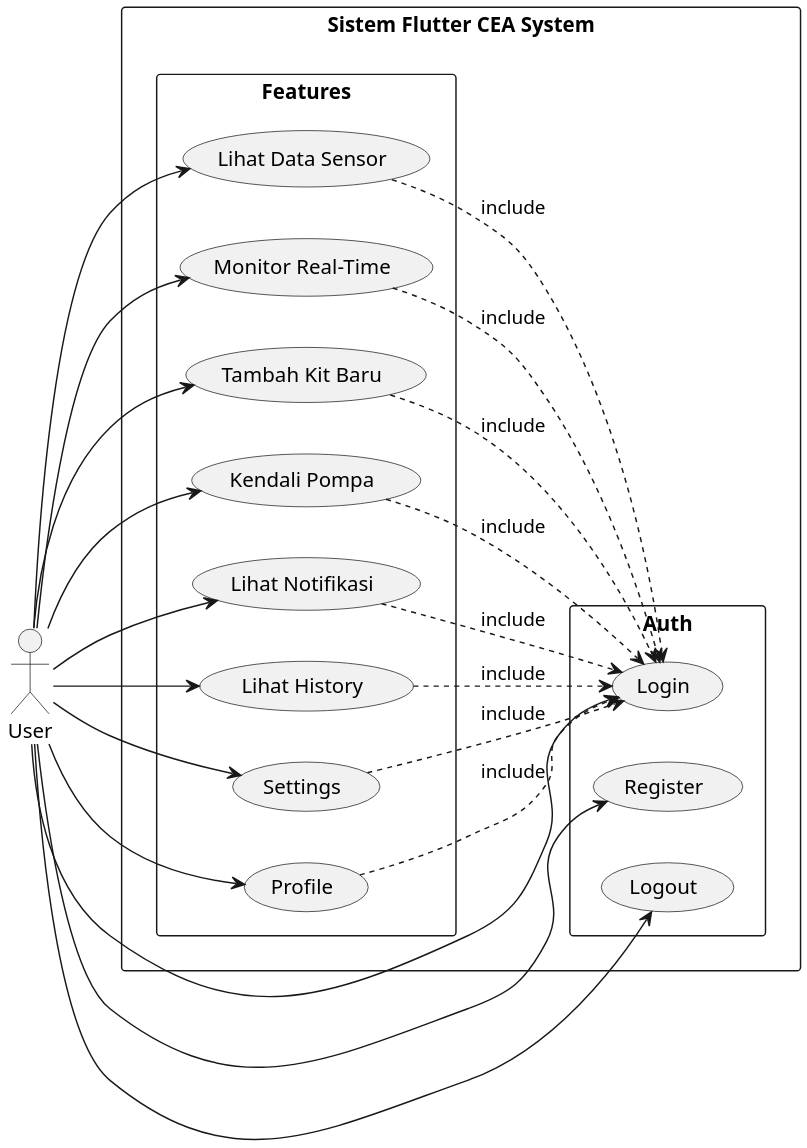
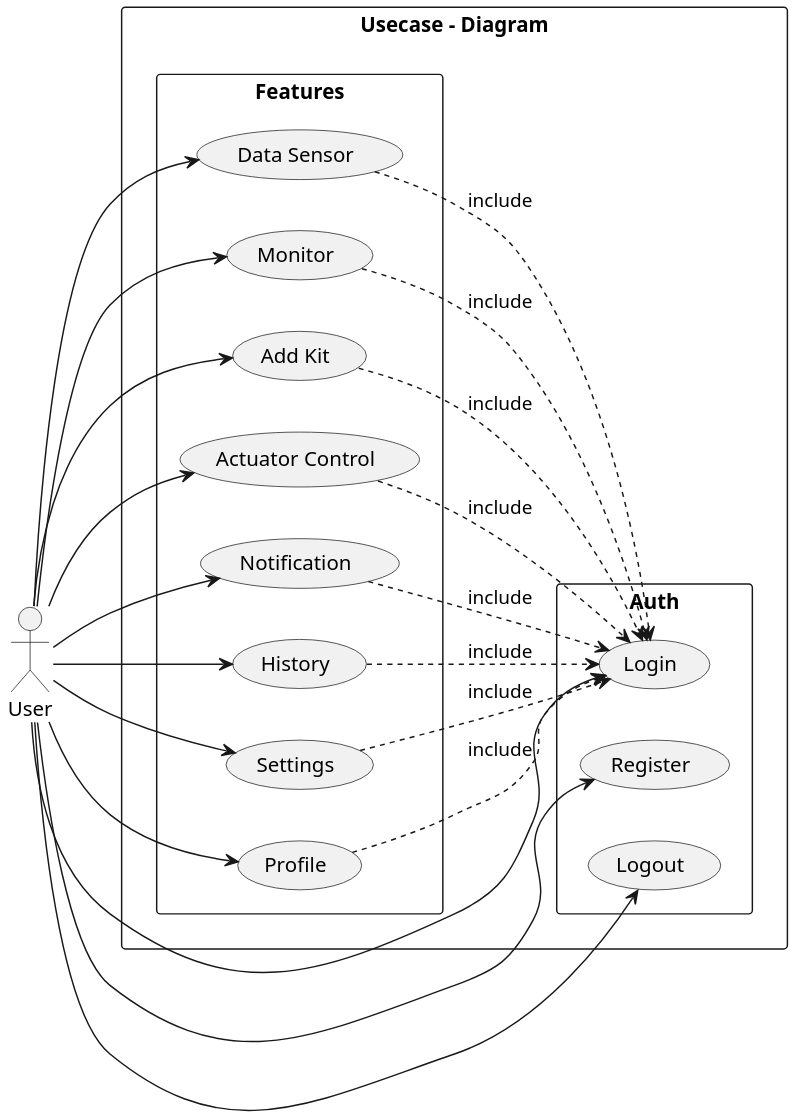
Before and after one commit to DarmawanWisnu/flutter-cea-system: the diagram in docs/diagrams/usecase/usecase.puml, drawn with PlantUML. The commit also changed 1 other file, not shown here.

Commit message:
update usecase

```diff
--- a/docs/diagrams/usecase/usecase.puml
+++ b/docs/diagrams/usecase/usecase.puml
@@ -1,50 +1,50 @@
 @startuml
 scale 2
 skinparam monochrome true
 skinparam shadowing false
 left to right direction
 skinparam actorStyle stick
 
 actor "User" as User
 
-rectangle "Sistem Flutter CEA System" {
+rectangle "Usecase - Diagram" {
   rectangle "Features" {
-    usecase "Lihat Data Sensor" as UC_Sensor
-    usecase "Monitor Real-Time" as UC_Monitor
-    usecase "Tambah Kit Baru" as UC_AddKit
-    usecase "Kendali Pompa" as UC_Control
-    usecase "Lihat Notifikasi" as UC_Notify
-    usecase "Lihat History" as UC_History
+    usecase "Data Sensor" as UC_Sensor
+    usecase "Monitor" as UC_Monitor
+    usecase "Add Kit" as UC_AddKit
+    usecase "Actuator Control" as UC_Control
+    usecase "Notification" as UC_Notify
+    usecase "History" as UC_History
     usecase "Settings" as UC_Settings
     usecase "Profile" as UC_Profile
   }
   
   rectangle "Auth" {
     usecase "Login" as UC_Login
     usecase "Register" as UC_Register
     usecase "Logout" as UC_Logout
   }
 }
 
 User --> UC_Sensor
 User --> UC_Monitor
 User --> UC_AddKit
 User --> UC_Control
 User --> UC_Notify
 User --> UC_History
 User --> UC_Settings
 User --> UC_Profile
 User --> UC_Login
 User --> UC_Register
 User --> UC_Logout
 
 UC_Sensor ..> UC_Login : include
 UC_Monitor ..> UC_Login : include
 UC_AddKit ..> UC_Login : include
 UC_Control ..> UC_Login : include
 UC_Notify ..> UC_Login : include
 UC_History ..> UC_Login : include
 UC_Settings ..> UC_Login : include
 UC_Profile ..> UC_Login : include
 
 @enduml
```
